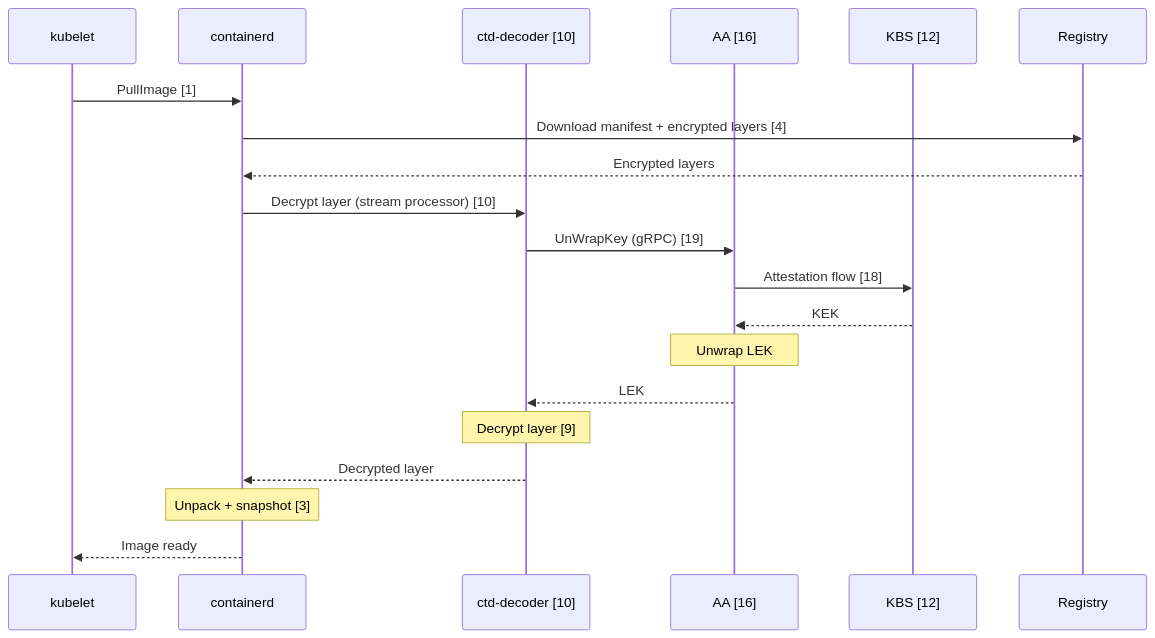
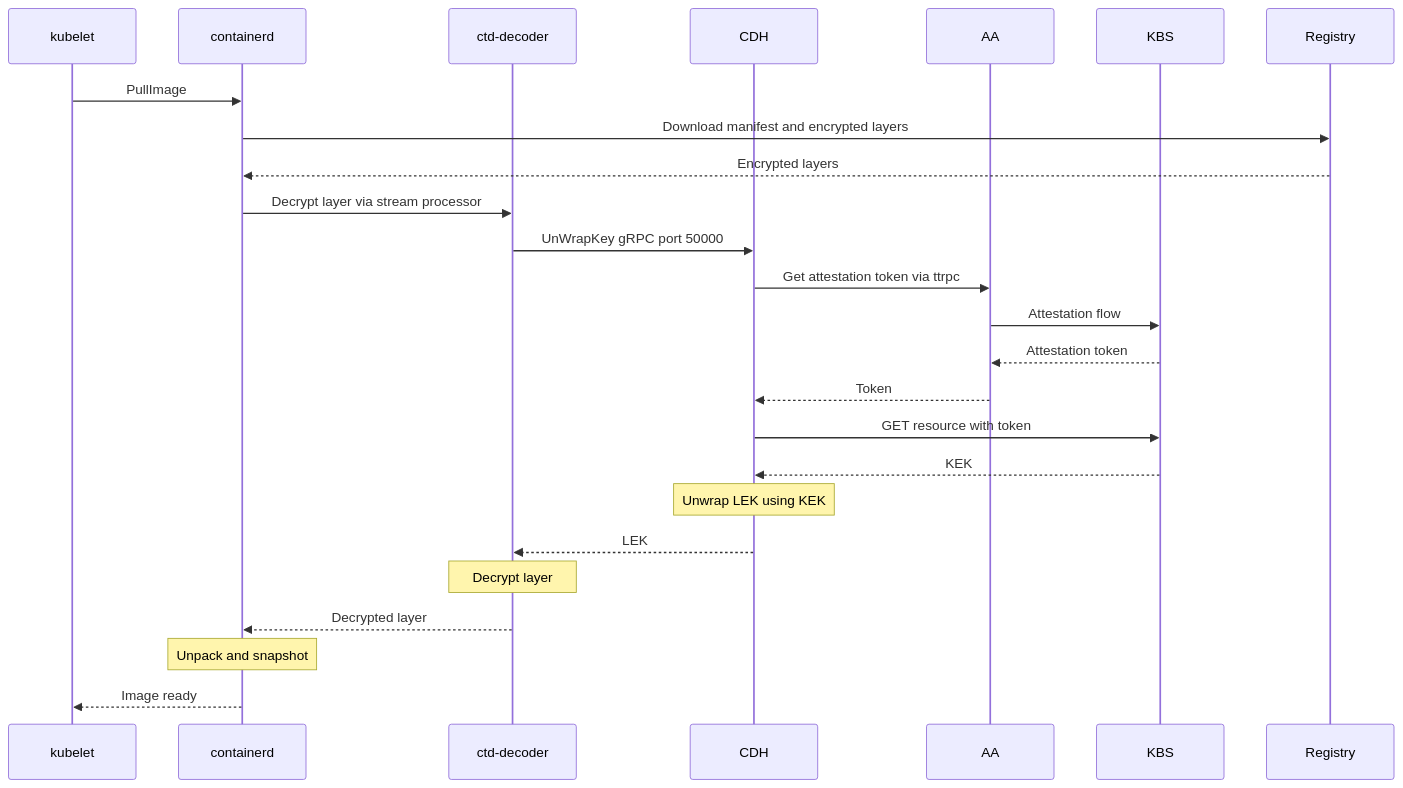
Diagram 12 of 15 in PROPOSAL.md (scontain/encrypted_container_images), drawn with Mermaid before and after one commit. The commit also changed other lines of this file, not shown here.

````diff
--- a/PROPOSAL.md
+++ b/PROPOSAL.md
@@ -501,31 +591,37 @@
 ```mermaid
 sequenceDiagram
     participant K as kubelet
     participant C as containerd
-    participant CTD as ctd-decoder [10]
-    participant AA as AA [16]
-    participant KBS as KBS [12]
+    participant CTD as ctd-decoder
+    participant CDH as CDH
+    participant AA as AA
+    participant KBS as KBS
     participant R as Registry
 
-    K->>C: PullImage [1]
-    C->>R: Download manifest + encrypted layers [4]
+    K->>C: PullImage
+    C->>R: Download manifest and encrypted layers
     R-->>C: Encrypted layers
-    
-    C->>CTD: Decrypt layer (stream processor) [10]
-    CTD->>AA: UnWrapKey (gRPC) [19]
-    
-    AA->>KBS: Attestation flow [18]
-    KBS-->>AA: KEK
-    
-    Note over AA: Unwrap LEK
-    
-    AA-->>CTD: LEK
-    
-    Note over CTD: Decrypt layer [9]
-    
+
+    C->>CTD: Decrypt layer via stream processor
+    CTD->>CDH: UnWrapKey gRPC port 50000
+
+    CDH->>AA: Get attestation token via ttrpc
+    AA->>KBS: Attestation flow
+    KBS-->>AA: Attestation token
+    AA-->>CDH: Token
+
+    CDH->>KBS: GET resource with token
+    KBS-->>CDH: KEK
+
+    Note over CDH: Unwrap LEK using KEK
+
+    CDH-->>CTD: LEK
+
+    Note over CTD: Decrypt layer
+
     CTD-->>C: Decrypted layer
-    
-    Note over C: Unpack + snapshot [3]
-    
+
+    Note over C: Unpack and snapshot
+
     C-->>K: Image ready
 ```
````
